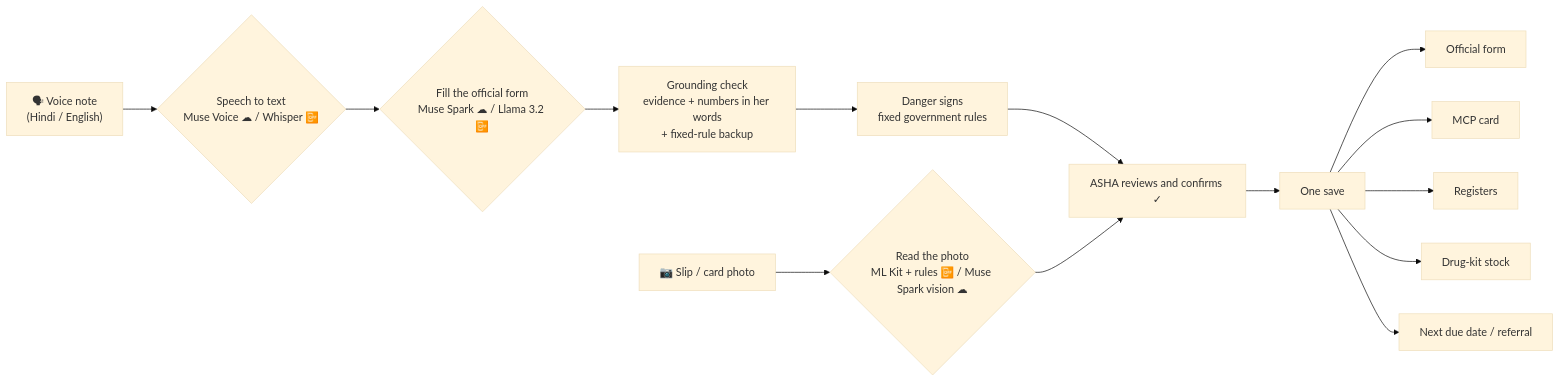
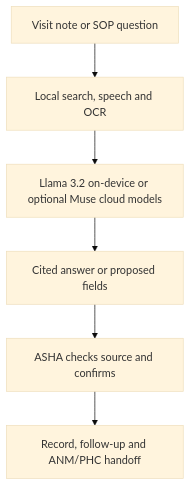
The diagram in README.md (ektasikka1989-cmyk/Pramaan), drawn with Mermaid (base theme) before and after one commit. The commit also changed other lines of this file and 1 other file, not shown here.

Commit message:
Update Pramaan README with Ask SOP, Meta models and privacy

````diff
--- a/README.md
+++ b/README.md
@@ -98,16 +91,8 @@
 ```mermaid
-flowchart LR
-    A["🗣 Voice note<br/>(Hindi / English)"] --> B{"Speech to text<br/>Muse Voice ☁ / Whisper 📴"}
-    P["📷 Slip / card photo"] --> Q{"Read the photo<br/>ML Kit + rules 📴 / Muse Spark vision ☁"}
-    B --> C{"Fill the official form<br/>Muse Spark ☁ / Llama 3.2 📴"}
-    C --> D["Grounding check<br/>evidence + numbers in her words<br/>+ fixed-rule backup"]
-    D --> E["Danger signs<br/>fixed government rules"]
-    E --> F["ASHA reviews and confirms ✓"]
-    Q --> F
-    F --> G["One save"]
-    G --> H["Official form"]
-    G --> I["MCP card"]
-    G --> J["Registers"]
-    G --> K["Drug-kit stock"]
-    G --> L["Next due date / referral"]
+flowchart TD
+    A["Visit note or SOP question"] --> B["Local search, speech and OCR"]
+    B --> C["Llama 3.2 on-device or optional Muse cloud models"]
+    C --> D["Cited answer or proposed fields"]
+    D --> E["ASHA checks source and confirms"]
+    E --> F["Record, follow-up and ANM/PHC handoff"]
 ```
````
